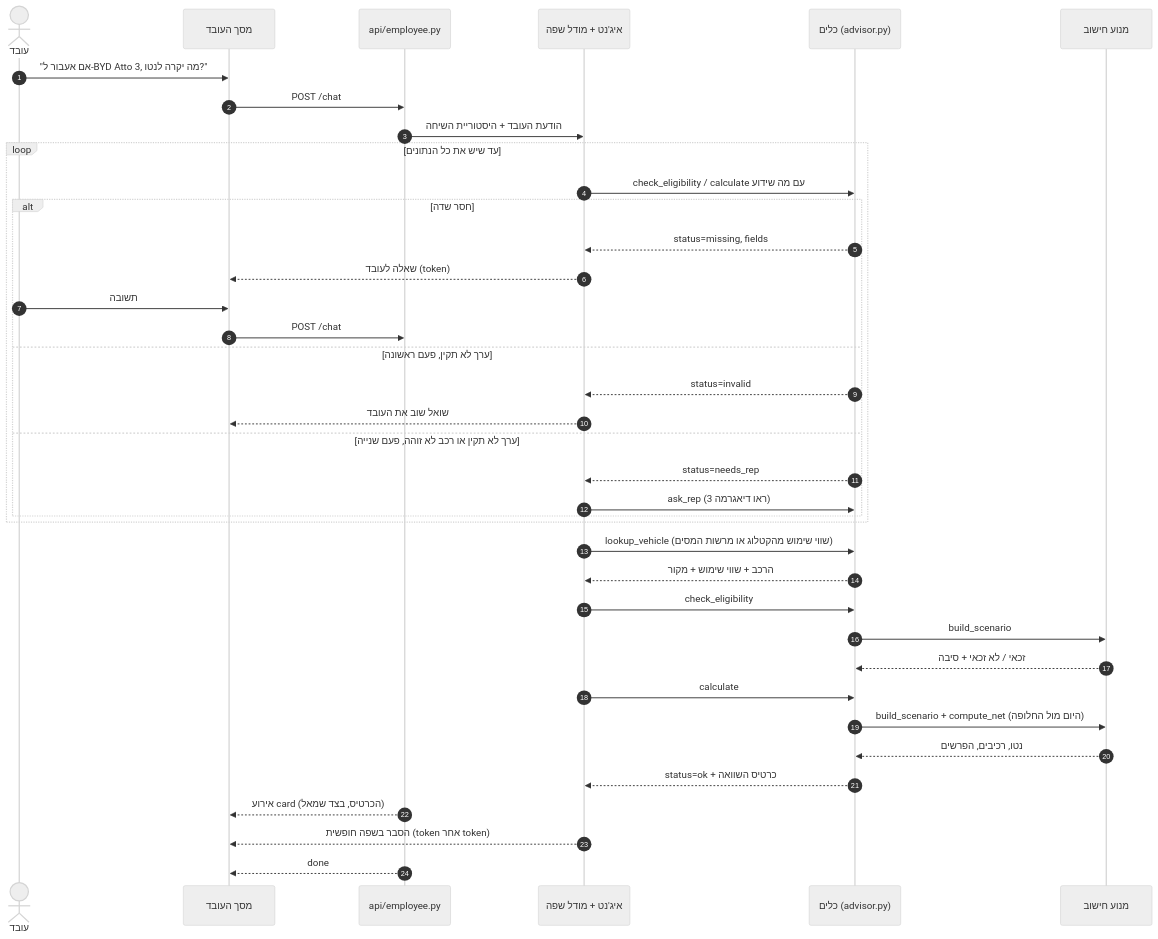
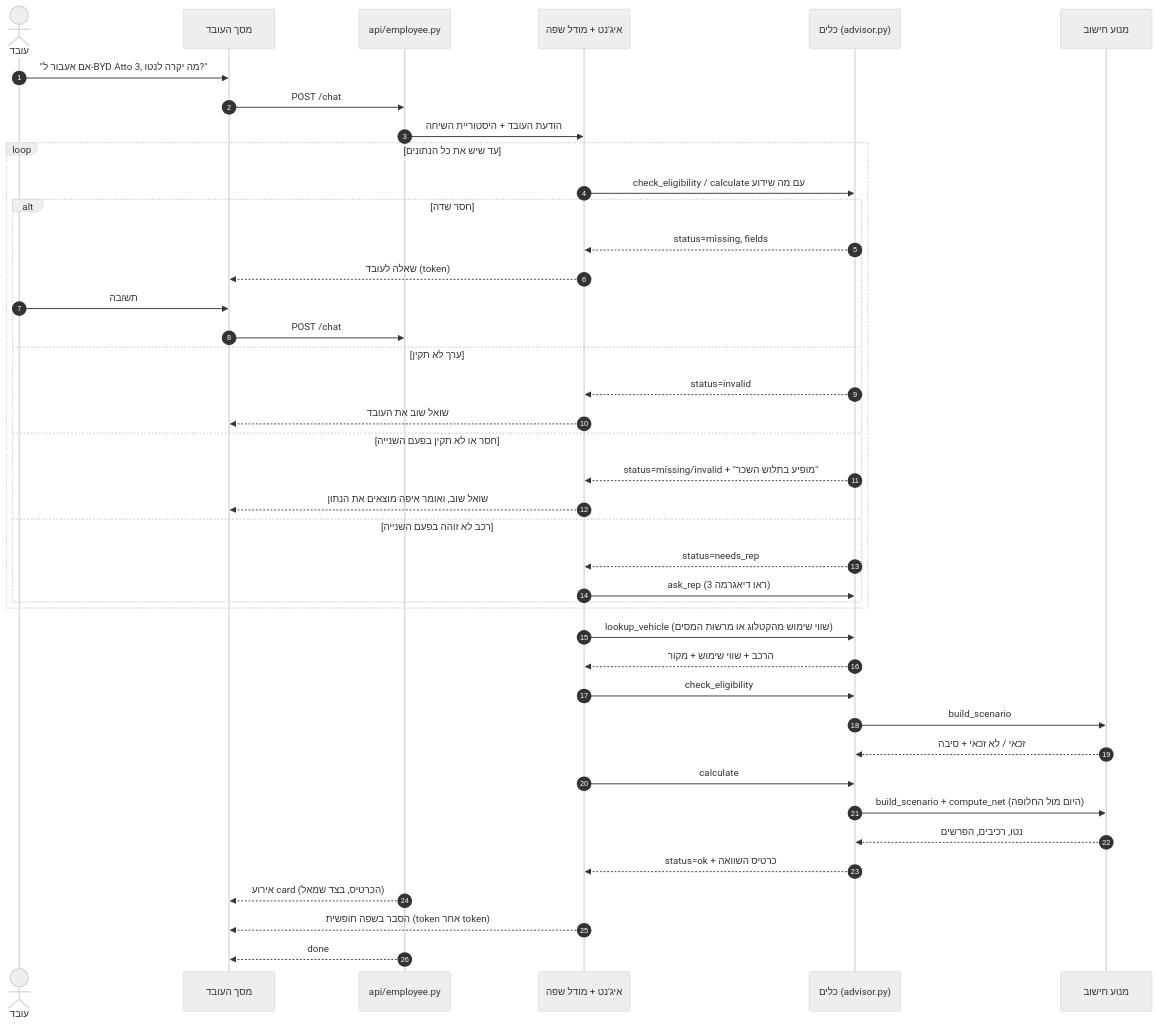
The second of 3 diagrams in docs/architecture.md (tf616248-create/strauss-car-advisor), drawn with Mermaid (neutral theme) before and after one commit. The commit also changed other lines of this file and 11 other files, not shown here.

````diff
--- a/docs/architecture.md
+++ b/docs/architecture.md
@@ -69,43 +69,46 @@
 ```mermaid
 sequenceDiagram
     autonumber
     actor W as עובד
     participant UI as מסך העובד
     participant API as api/employee.py
     participant AG as איג'נט + מודל שפה
     participant T as כלים (advisor.py)
     participant E as מנוע חישוב
 
     W->>UI: "אם אעבור ל-BYD Atto 3, מה יקרה לנטו?"
     UI->>API: POST /chat
     API->>AG: הודעת העובד + היסטוריית השיחה
 
     loop עד שיש את כל הנתונים
         AG->>T: check_eligibility / calculate עם מה שידוע
         alt חסר שדה
             T-->>AG: status=missing, fields
             AG-->>UI: שאלה לעובד (token)
             W->>UI: תשובה
             UI->>API: POST /chat
-        else ערך לא תקין, פעם ראשונה
+        else ערך לא תקין
             T-->>AG: status=invalid
             AG-->>UI: שואל שוב את העובד
-        else ערך לא תקין או רכב לא זוהה, פעם שנייה
+        else חסר או לא תקין בפעם השנייה
+            T-->>AG: status=missing/invalid + "מופיע בתלוש השכר"
+            AG-->>UI: שואל שוב, ואומר איפה מוצאים את הנתון
+        else רכב לא זוהה בפעם השנייה
             T-->>AG: status=needs_rep
             AG->>T: ask_rep (ראו דיאגרמה 3)
         end
     end
 
     AG->>T: lookup_vehicle (שווי שימוש מהקטלוג או מרשות המסים)
     T-->>AG: הרכב + שווי שימוש + מקור
     AG->>T: check_eligibility
     T->>E: build_scenario
     E-->>T: זכאי / לא זכאי + סיבה
     AG->>T: calculate
     T->>E: build_scenario + compute_net (היום מול החלופה)
     E-->>T: נטו, רכיבים, הפרשים
     T-->>AG: status=ok + כרטיס השוואה
     API-->>UI: אירוע card (הכרטיס, בצד שמאל)
     AG-->>UI: הסבר בשפה חופשית (token אחר token)
     API-->>UI: done
 ```
````
